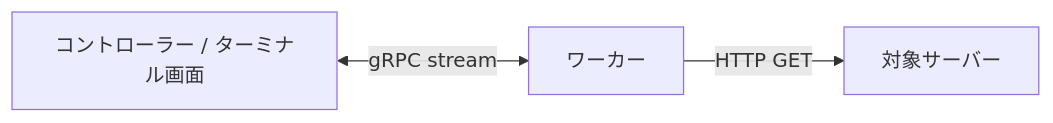
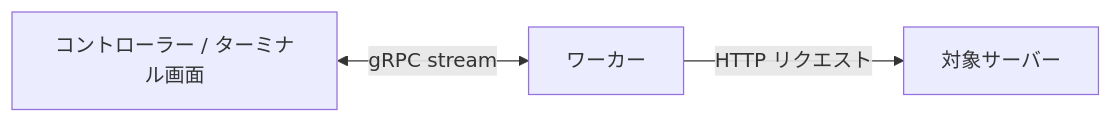
Before and after one commit to ryokotaka/SwarmGo: the diagram in README_ja.md, drawn with Mermaid. The commit also changed other lines of this file and 17 other files, not shown here.

````diff
--- a/README_ja.md
+++ b/README_ja.md
@@ -95,5 +125,5 @@
 ```mermaid
 flowchart LR
     C[コントローラー / ターミナル画面] <-->|gRPC stream| W[ワーカー]
-    W -->|HTTP GET| T[対象サーバー]
+    W -->|HTTP リクエスト| T[対象サーバー]
 ```
````
